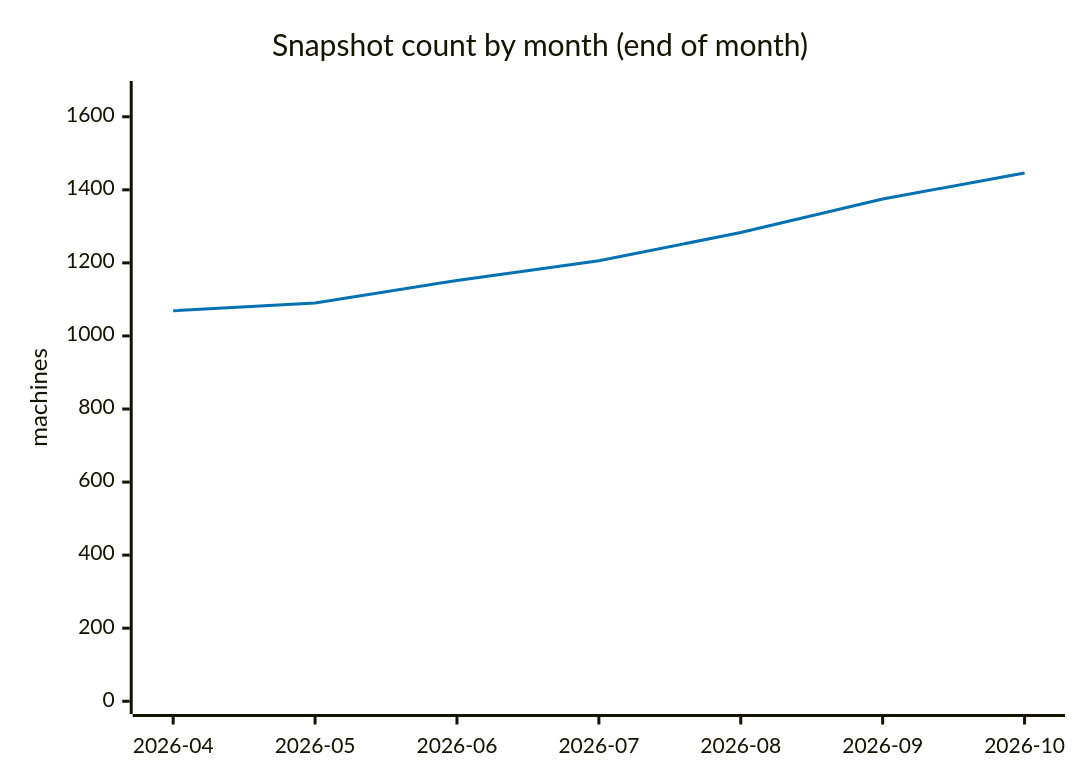
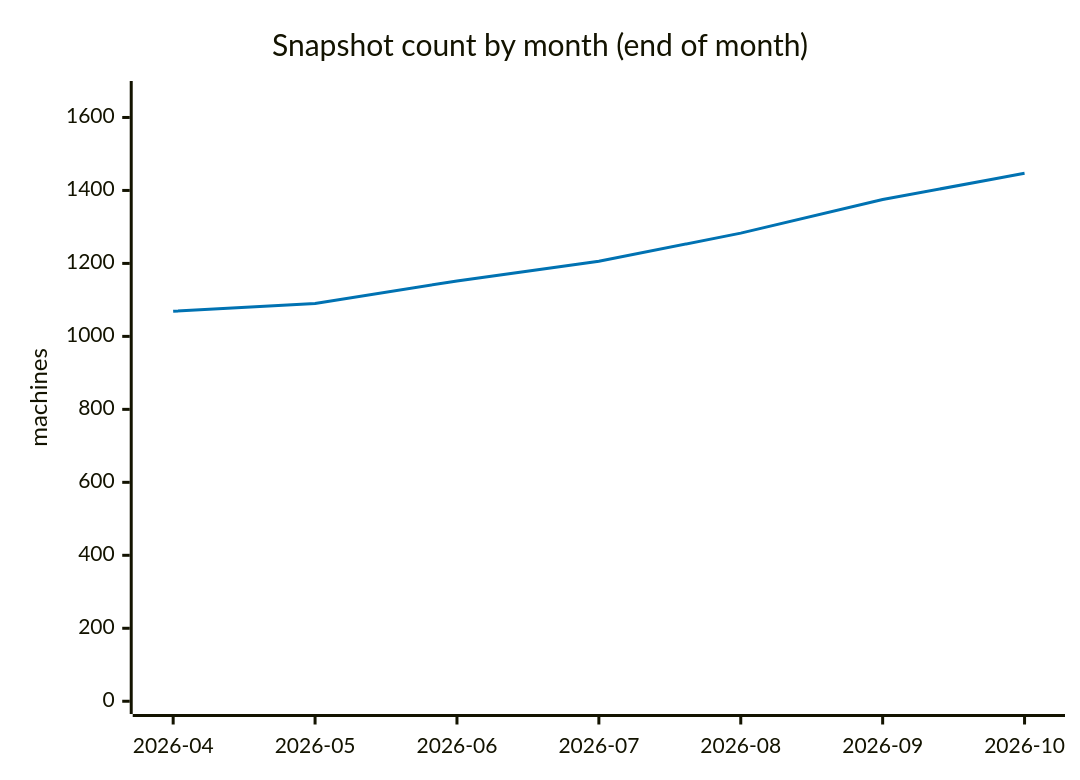
One commit to cheeaun/returnright-data changed the fourth of 5 diagrams in ANALYSIS.md. Above: the diagram before and after it, drawn with Mermaid. The commit also changed other lines of this file and 4 other files, not shown here.

````diff
--- a/ANALYSIS.md
+++ b/ANALYSIS.md
@@ -247,13 +251,13 @@
 ```mermaid
 ---
 config:
   themeVariables:
     xyChart:
       plotColorPalette: "#0072B2"
 ---
 xychart-beta
     title "Snapshot count by month (end of month)"
     x-axis ["2026-04", "2026-05", "2026-06", "2026-07", "2026-08", "2026-09", "2026-10"]
-    y-axis "machines" 0 --> 1663
-    line [1069, 1090, 1152, 1206, 1283, 1375, 1446]
+    y-axis "machines" 0 --> 1665
+    line [1069, 1090, 1152, 1206, 1283, 1375, 1447]
 ```
````
